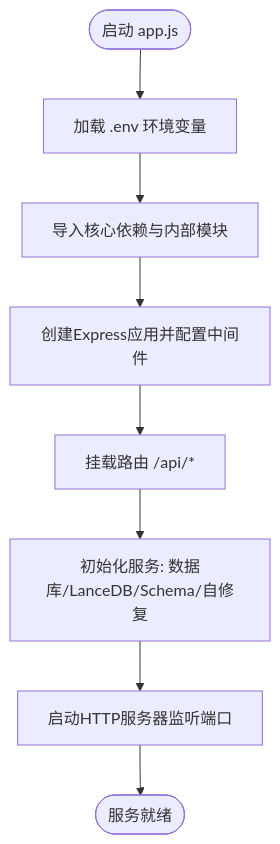
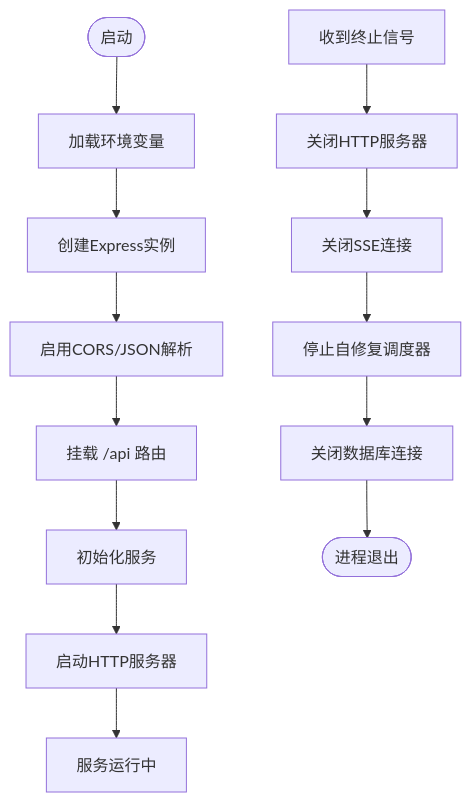
The third of 6 diagrams in NL2SQL/.qoder/repowiki/zh/content/系统架构/后端架构/后端架构.md (HanHuiOnLine/724-office), drawn with Mermaid before and after one commit. The commit also changed other lines of this file and 170 other files, not shown here.

````diff
--- a/NL2SQL/.qoder/repowiki/zh/content/系统架构/后端架构/后端架构.md
+++ b/NL2SQL/.qoder/repowiki/zh/content/系统架构/后端架构/后端架构.md
@@ -194,10 +191,15 @@
 ```mermaid
 flowchart TD
-Start(["启动 app.js"]) --> LoadEnv["加载 .env 环境变量"]
-LoadEnv --> ImportDeps["导入核心依赖与内部模块"]
-ImportDeps --> InitExpress["创建Express应用并配置中间件"]
-InitExpress --> MountRoutes["挂载路由 /api/*"]
-MountRoutes --> InitServices["初始化服务: 数据库/LanceDB/Schema/自修复"]
-InitServices --> StartServer["启动HTTP服务器监听端口"]
-StartServer --> Ready(["服务就绪"])
+Start(["启动"]) --> LoadEnv["加载环境变量"]
+LoadEnv --> InitExpress["创建Express实例"]
+InitExpress --> UseMiddleware["启用CORS/JSON解析"]
+UseMiddleware --> MountRoutes["挂载 /api 路由"]
+MountRoutes --> InitServices["初始化服务"]
+InitServices --> StartServer["启动HTTP服务器"]
+StartServer --> Running["服务运行中"]
+Graceful["收到终止信号"] --> CloseHTTP["关闭HTTP服务器"]
+CloseHTTP --> CloseSSE["关闭SSE连接"]
+CloseSSE --> StopScheduler["停止自修复调度器"]
+StopScheduler --> CloseDB["关闭数据库连接"]
+CloseDB --> Exit(["进程退出"])
 ```
````
